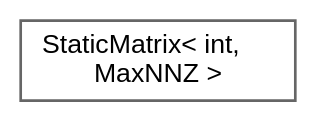
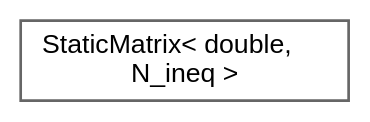
Before and after one commit to jswoo0615/Algorithms_for_Optimization_cpp: the diagram in inherit_graph_84.dot, drawn with Graphviz. The commit also changed 80 other files, not shown here.

```diff
--- a/inherit_graph_84.dot
+++ b/inherit_graph_84.dot
@@ -1,9 +1,9 @@
 digraph "Graphical Class Hierarchy"
 {
  // LATEX_PDF_SIZE
   bgcolor="transparent";
   edge [fontname=Helvetica,fontsize=10,labelfontname=Helvetica,labelfontsize=10];
   node [fontname=Helvetica,fontsize=10,shape=box,height=0.2,width=0.4];
   rankdir="LR";
-  Node0 [id="Node000000",label="StaticMatrix\< int,\l MaxNNZ \>",height=0.2,width=0.4,color="grey40", fillcolor="white", style="filled",URL="$classStaticMatrix.html",tooltip=" "];
+  Node0 [id="Node000000",label="StaticMatrix\< double,\l N_ineq \>",height=0.2,width=0.4,color="grey40", fillcolor="white", style="filled",URL="$classStaticMatrix.html",tooltip=" "];
 }
```
